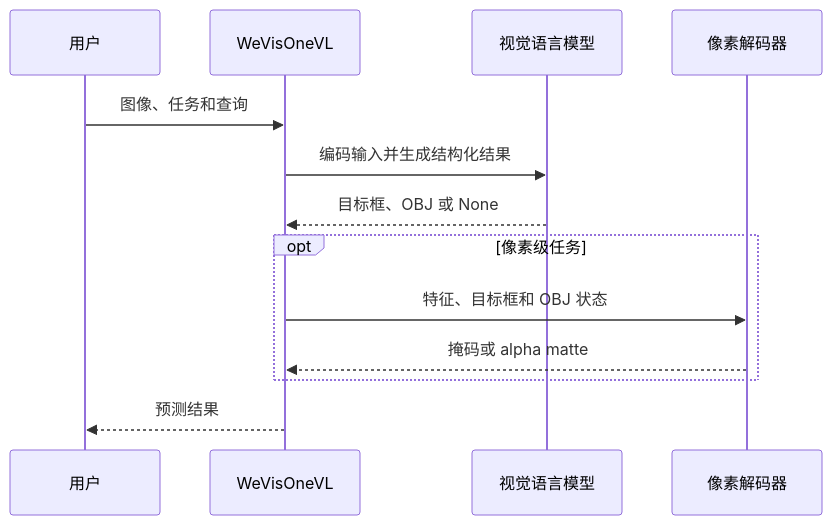
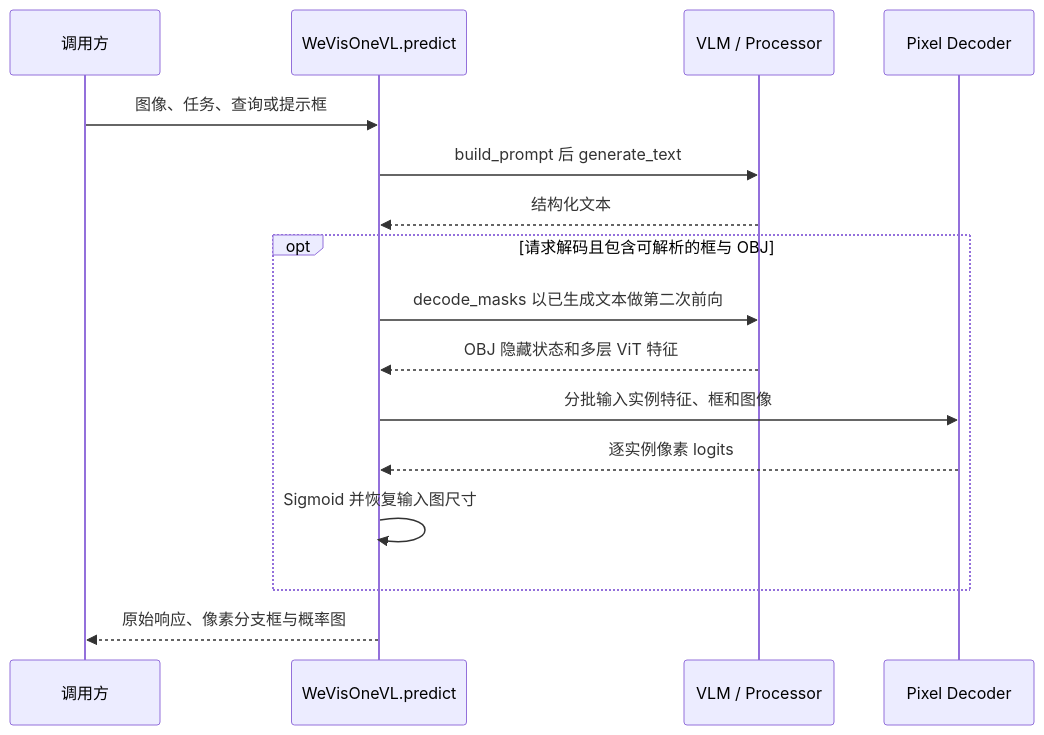
One commit to ImChong/Robotics_Notebooks changed the second of 2 diagrams in wiki/entities/paper-wevisone-vl.md. Above: the diagram before and after it, drawn with Mermaid. The commit also changed other lines of this file and 4 other files, not shown here.

Commit message:
复核 WeVisOne-VL v2 与 SFT/GRPO 开放状态

````diff
--- a/wiki/entities/paper-wevisone-vl.md
+++ b/wiki/entities/paper-wevisone-vl.md
@@ -53,15 +69,18 @@
 ```mermaid
 sequenceDiagram
-    participant U as 用户
-    participant M as WeVisOneVL
-    participant V as 视觉语言模型
-    participant D as 像素解码器
-    U->>M: 图像、任务和查询
-    M->>V: 编码输入并生成结构化结果
-    V-->>M: 目标框、OBJ 或 None
-    opt 像素级任务
-        M->>D: 特征、目标框和 OBJ 状态
-        D-->>M: 掩码或 alpha matte
-    end
-    M-->>U: 预测结果
+  participant U as 调用方
+  participant E as WeVisOneVL.predict
+  participant V as VLM / Processor
+  participant D as Pixel Decoder
+  U->>E: 图像、任务、查询或提示框
+  E->>V: build_prompt 后 generate_text
+  V-->>E: 结构化文本
+  opt 请求解码且包含可解析的框与 OBJ
+    E->>V: decode_masks 以已生成文本做第二次前向
+    V-->>E: OBJ 隐藏状态和多层 ViT 特征
+    E->>D: 分批输入实例特征、框和图像
+    D-->>E: 逐实例像素 logits
+    E->>E: Sigmoid 并恢复输入图尺寸
+  end
+  E-->>U: 原始响应、像素分支框与概率图
 ```
````
